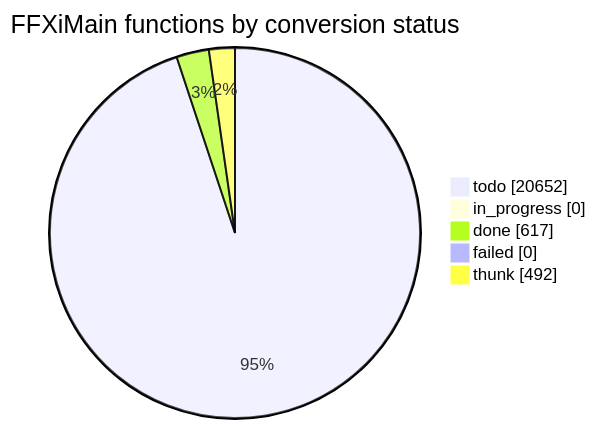
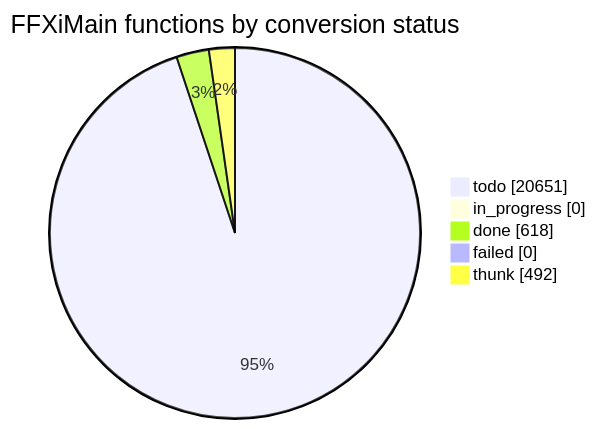
Before and after one commit to cowrevenge/cow_kuluu_xi_anything: the diagram in docs/cow/STATUS.md, drawn with Mermaid. The commit also changed other lines of this file and 9 other files, not shown here.

````diff
--- a/docs/cow/STATUS.md
+++ b/docs/cow/STATUS.md
@@ -18,9 +18,9 @@
 ```mermaid
 pie showData
     title FFXiMain functions by conversion status
-    "todo" : 20652
+    "todo" : 20651
     "in_progress" : 0
-    "done" : 617
+    "done" : 618
     "failed" : 0
     "thunk" : 492
 ```
````
